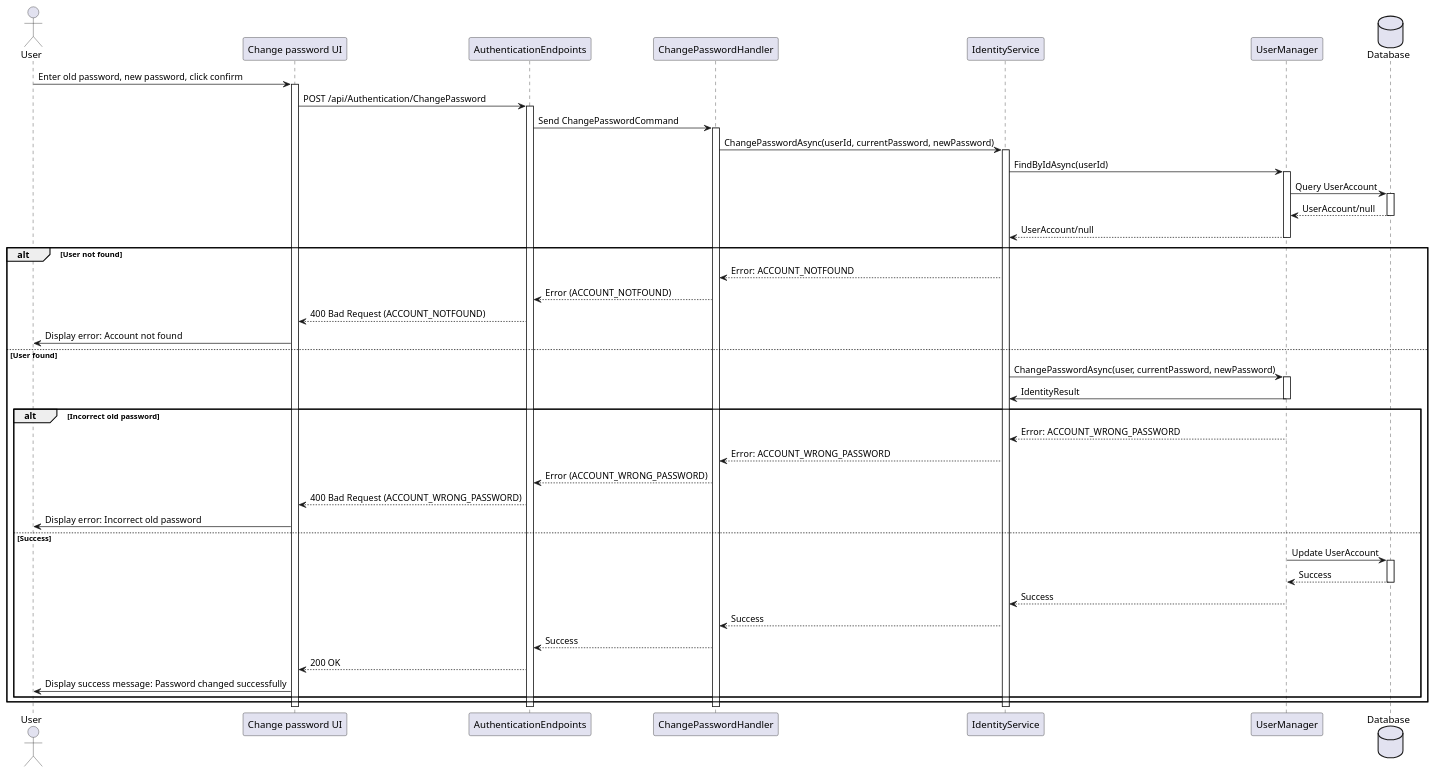
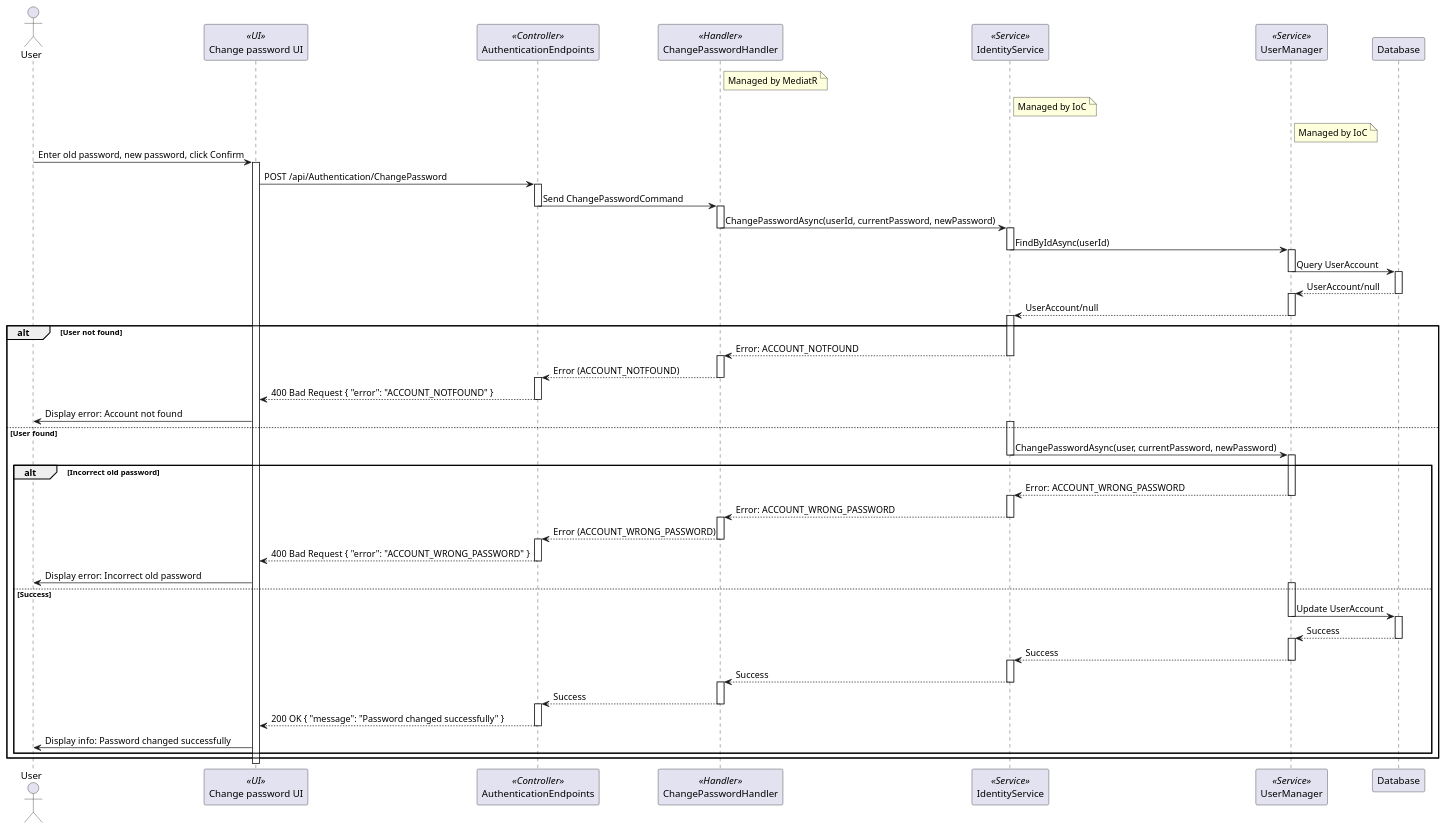
One commit to thanhkhac/SEP_Diagram changed the diagram in authentication/sequence/10_ChangePassword.puml. Above: the diagram before and after it, drawn with PlantUML. The commit also changed 30 other files, not shown here.

Commit message:
Enhance sequence diagrams with detailed flow and roles

```diff
--- a/authentication/sequence/10_ChangePassword.puml
+++ b/authentication/sequence/10_ChangePassword.puml
@@ -1,60 +1,95 @@
 @startuml
 actor User
-participant "Change password UI" as UI
-participant AuthenticationEndpoints
-participant ChangePasswordHandler
-participant IdentityService
-participant UserManager
-Database Database
+participant "Change password UI" as UI <<UI>>
+participant AuthenticationEndpoints <<Controller>>
+participant ChangePasswordHandler <<Handler>>
+participant IdentityService <<Service>>
+participant UserManager <<Service>>
+participant Database
 
-User -> UI : Enter old password, new password, click confirm
+note right of ChangePasswordHandler
+  Managed by MediatR
+end note
+
+note right of IdentityService
+  Managed by IoC
+end note
+
+note right of UserManager
+  Managed by IoC
+end note
+
+User -> UI : Enter old password, new password, click Confirm
 activate UI
 UI -> AuthenticationEndpoints : POST /api/Authentication/ChangePassword
 activate AuthenticationEndpoints
 AuthenticationEndpoints -> ChangePasswordHandler : Send ChangePasswordCommand
+deactivate AuthenticationEndpoints
 activate ChangePasswordHandler
 ChangePasswordHandler -> IdentityService : ChangePasswordAsync(userId, currentPassword, newPassword)
+deactivate ChangePasswordHandler
 activate IdentityService
 IdentityService -> UserManager : FindByIdAsync(userId)
+deactivate IdentityService
 activate UserManager
 UserManager -> Database : Query UserAccount
+deactivate UserManager
 activate Database
 Database --> UserManager : UserAccount/null
 deactivate Database
-    UserManager --> IdentityService : UserAccount/null
-    deactivate UserManager
-
+activate UserManager
+UserManager --> IdentityService : UserAccount/null
+deactivate UserManager
+activate IdentityService
 alt User not found
     IdentityService --> ChangePasswordHandler : Error: ACCOUNT_NOTFOUND
+    deactivate IdentityService
+    activate ChangePasswordHandler
     ChangePasswordHandler --> AuthenticationEndpoints : Error (ACCOUNT_NOTFOUND)
-    AuthenticationEndpoints --> UI : 400 Bad Request (ACCOUNT_NOTFOUND)
+    deactivate ChangePasswordHandler
+    activate AuthenticationEndpoints
+    AuthenticationEndpoints --> UI : 400 Bad Request { "error": "ACCOUNT_NOTFOUND" }
+    deactivate AuthenticationEndpoints
     UI -> User : Display error: Account not found
 else User found
+    activate IdentityService
     IdentityService -> UserManager : ChangePasswordAsync(user, currentPassword, newPassword)
+    deactivate IdentityService
     activate UserManager
-    UserManager -> IdentityService: IdentityResult
-    deactivate UserManager
     alt Incorrect old password
         UserManager --> IdentityService : Error: ACCOUNT_WRONG_PASSWORD
+        deactivate UserManager
+        activate IdentityService
         IdentityService --> ChangePasswordHandler : Error: ACCOUNT_WRONG_PASSWORD
+        deactivate IdentityService
+        activate ChangePasswordHandler
         ChangePasswordHandler --> AuthenticationEndpoints : Error (ACCOUNT_WRONG_PASSWORD)
-        AuthenticationEndpoints --> UI : 400 Bad Request (ACCOUNT_WRONG_PASSWORD)
+        deactivate ChangePasswordHandler
+        activate AuthenticationEndpoints
+        AuthenticationEndpoints --> UI : 400 Bad Request { "error": "ACCOUNT_WRONG_PASSWORD" }
+        deactivate AuthenticationEndpoints
         UI -> User : Display error: Incorrect old password
     else Success
+        activate UserManager
         UserManager -> Database : Update UserAccount
+        deactivate UserManager
         activate Database
         Database --> UserManager : Success
         deactivate Database
+        activate UserManager
         UserManager --> IdentityService : Success
         deactivate UserManager
+        activate IdentityService
         IdentityService --> ChangePasswordHandler : Success
+        deactivate IdentityService
+        activate ChangePasswordHandler
         ChangePasswordHandler --> AuthenticationEndpoints : Success
-        AuthenticationEndpoints --> UI : 200 OK
-        UI -> User : Display success message: Password changed successfully
+        deactivate ChangePasswordHandler
+        activate AuthenticationEndpoints
+        AuthenticationEndpoints --> UI : 200 OK { "message": "Password changed successfully" }
+        deactivate AuthenticationEndpoints
+        UI -> User : Display info: Password changed successfully
     end
 end
-deactivate IdentityService
-deactivate ChangePasswordHandler
-deactivate AuthenticationEndpoints
-deactivate UI
+
 @enduml
```
